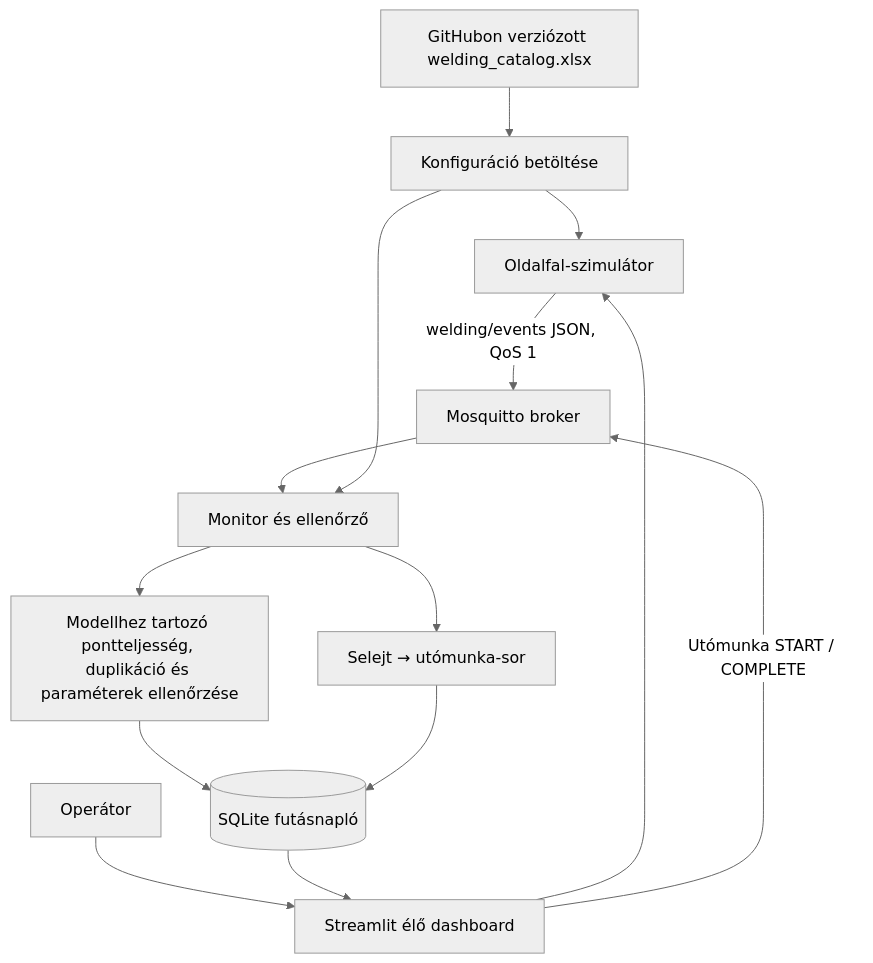
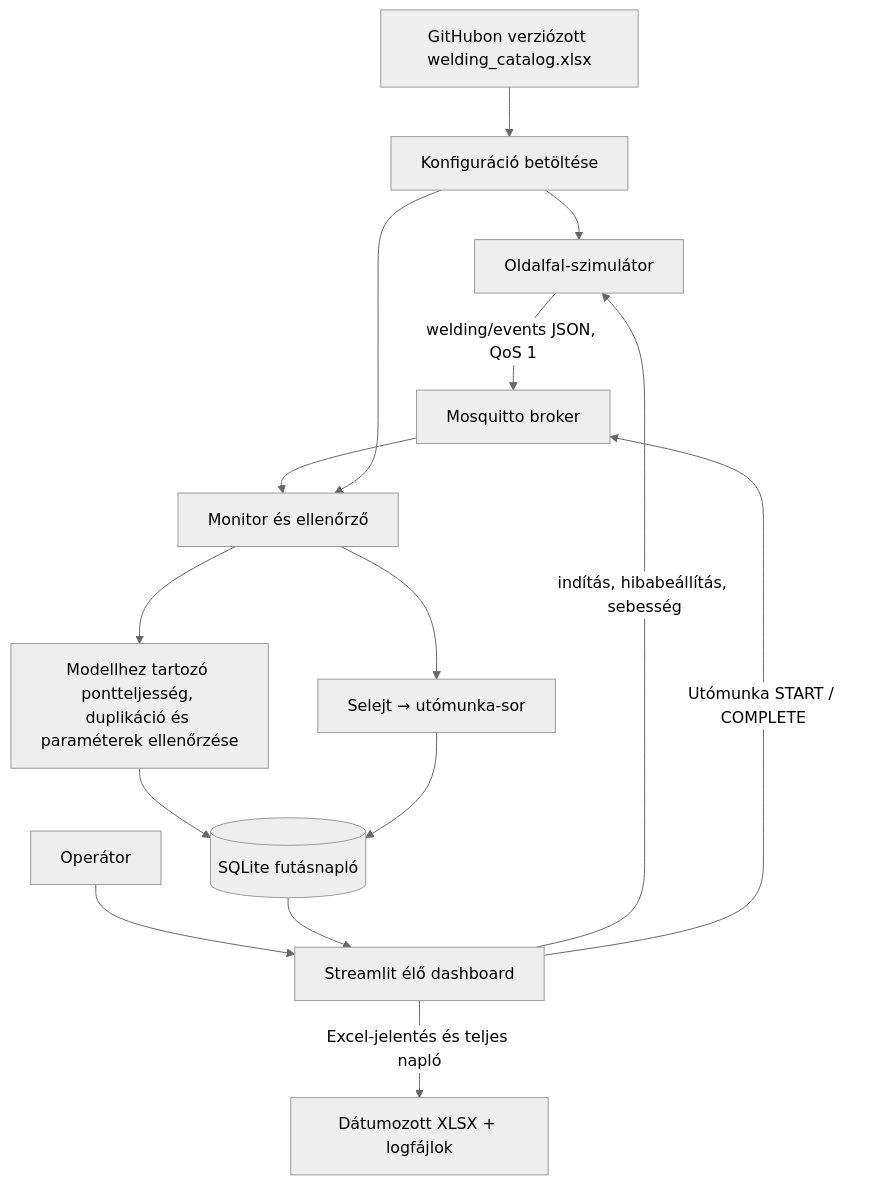
Before and after one commit to DrPigHunter/IPAR4.0-Karosszeriahegesztes: the diagram in docs/architecture.md, drawn with Mermaid (neutral theme). The commit also changed other lines of this file, not shown here.

Commit message:
Update architecture and test plan for manual speed and report features

````diff
--- a/docs/architecture.md
+++ b/docs/architecture.md
@@ -23,16 +23,17 @@
 ```mermaid
 flowchart TD
     XLSX[GitHubon verziózott welding_catalog.xlsx] --> CAT[Konfiguráció betöltése]
     CAT --> SIM[Oldalfal-szimulátor]
     OP[Operátor] --> UI[Streamlit élő dashboard]
-    UI --> SIM
+    UI -->|indítás, hibabeállítás, sebesség| SIM
     SIM -->|welding/events JSON, QoS 1| MQTT[Mosquitto broker]
     MQTT --> MON[Monitor és ellenőrző]
     CAT --> MON
     MON --> RULES[Modellhez tartozó pontteljesség, duplikáció és paraméterek ellenőrzése]
     RULES --> DB[(SQLite futásnapló)]
     DB --> UI
+    UI -->|Excel-jelentés és teljes napló| EXPORT[Dátumozott XLSX + logfájlok]
     UI -->|Utómunka START / COMPLETE| MQTT
     MON --> RW[Selejt → utómunka-sor]
     RW --> DB
 ```
````
